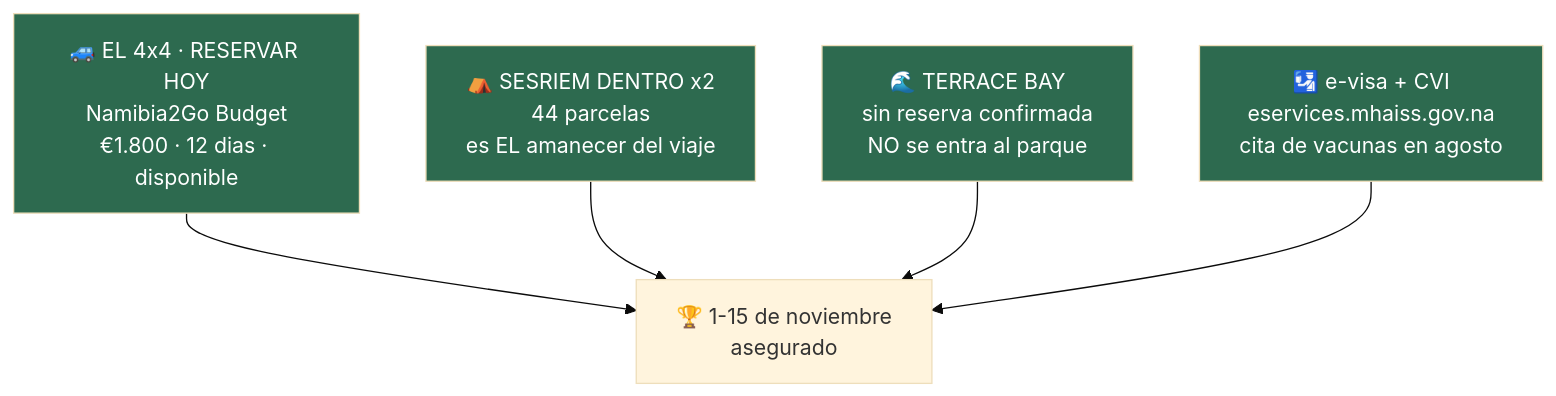
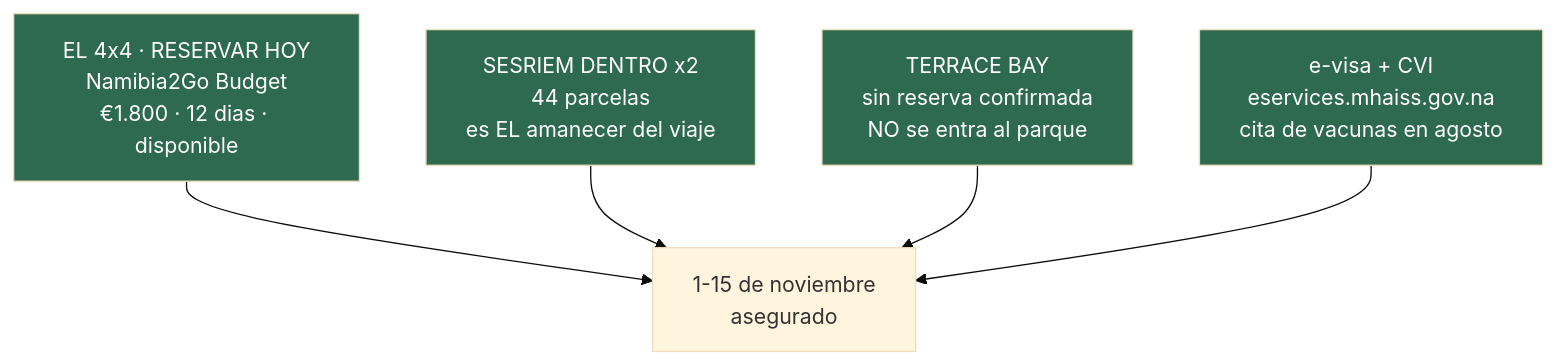
The seventh of 9 diagrams in README.md (morandeirachema/namibia), drawn with Mermaid (base theme) before and after one commit. The commit also changed other lines of this file and 14 other files, not shown here.

Commit message:
Arreglar el renderizado de los diagramas en GitHub: fuera emojis, negritas y barras ASCII de dentro de los nodos, que descuadraban la medida y recortaban el texto

````diff
--- a/README.md
+++ b/README.md
@@ -462,15 +462,15 @@
 ```mermaid
 flowchart TD
-    A["🚙 EL 4x4 · RESERVAR HOY<br/>Namibia2Go Budget<br/>€1.800 · 12 dias · disponible"]
-    B["⛺ SESRIEM DENTRO x2<br/>44 parcelas<br/>es EL amanecer del viaje"]
-    C["🌊 TERRACE BAY<br/>sin reserva confirmada<br/>NO se entra al parque"]
-    D["🛂 e-visa + CVI<br/>eservices.mhaiss.gov.na<br/>cita de vacunas en agosto"]
-    A --> E["🏆 1-15 de noviembre<br/>asegurado"]
+    A["EL 4x4 · RESERVAR HOY<br/>Namibia2Go Budget<br/>€1.800 · 12 dias · disponible"]
+    B["SESRIEM DENTRO x2<br/>44 parcelas<br/>es EL amanecer del viaje"]
+    C["TERRACE BAY<br/>sin reserva confirmada<br/>NO se entra al parque"]
+    D["e-visa + CVI<br/>eservices.mhaiss.gov.na<br/>cita de vacunas en agosto"]
+    A --> E["1-15 de noviembre<br/>asegurado"]
     B --> E
     C --> E
     D --> E
     style A fill:#2d6a4f,color:#fff
     style B fill:#2d6a4f,color:#fff
     style C fill:#2d6a4f,color:#fff
     style D fill:#2d6a4f,color:#fff
 ```
````
